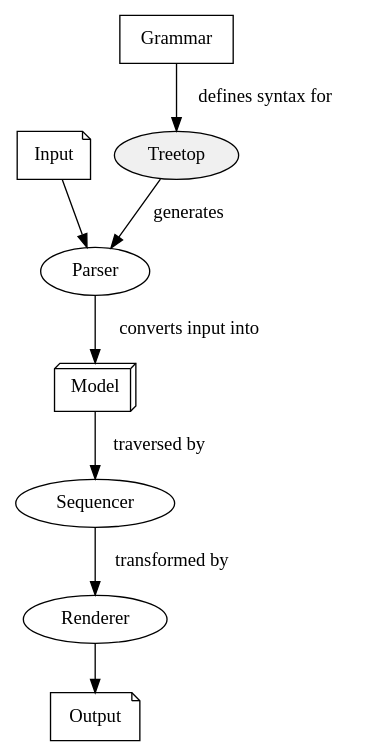
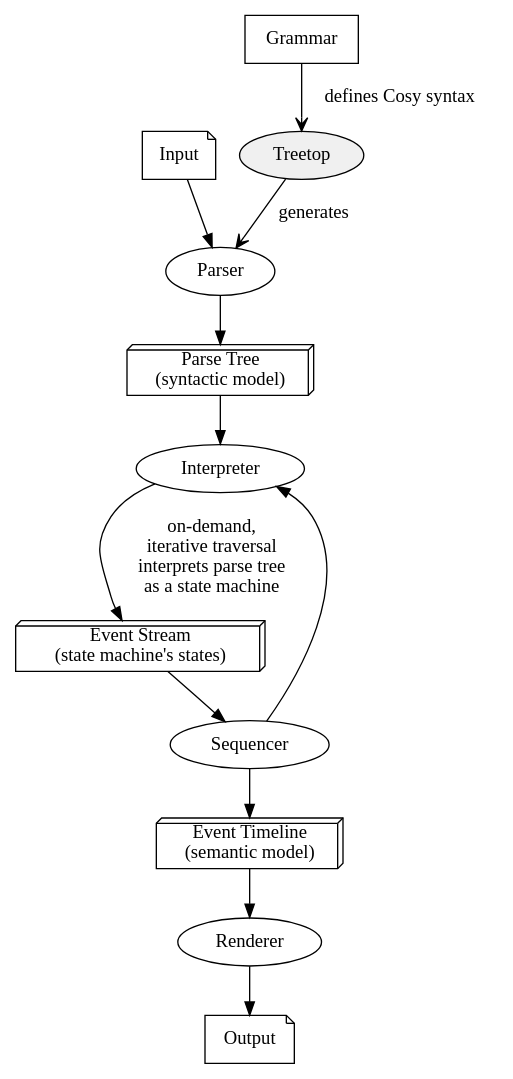
One commit to adamjmurray/cosy changed the diagram in doc/architecture.dot. Above: the diagram before and after it, drawn with Graphviz. The commit also changed 1 other file, not shown here.

```diff
--- a/doc/architecture.dot
+++ b/doc/architecture.dot
@@ -1,19 +1,26 @@
 digraph g {
 	
 	Input [shape=note]
 	Grammar [shape=rectangle]
 	Treetop [style=filled fillcolor="#f0f0f0"]
 	Parser
-	Model [shape=box3d]
+	ParseTree [label="Parse Tree\n(syntactic model)" shape=box3d]
+	Interpreter
+	Events [label="Event Stream\n(state machine's states)" shape=box3d]
 	Sequencer
+	Timeline [label="Event Timeline\n(semantic model)" shape=box3d]
 	Renderer
 	Output [shape=note]
 	
-	Input -> Parser	
-	Grammar -> Treetop [label=" defines syntax for"]
-	Treetop -> Parser [label="generates"]
-	Parser -> Model [label=" converts input into"]
-	Model -> Sequencer [label=" traversed by"]
-	Sequencer -> Renderer [label=" transformed by"]
+	Input -> Parser
+	Grammar -> Treetop [label=" defines Cosy syntax" arrowhead=vee]
+	Treetop -> Parser [label="generates" arrowhead=vee]
+	Parser -> ParseTree
+	ParseTree -> Interpreter
+	Interpreter -> Events  [label="on-demand,\niterative traversal\ninterprets parse tree\nas a state machine"]
+	Events -> Sequencer
+	Sequencer -> Interpreter
+	Sequencer -> Timeline
+	Timeline -> Renderer
 	Renderer -> Output
 }
```
